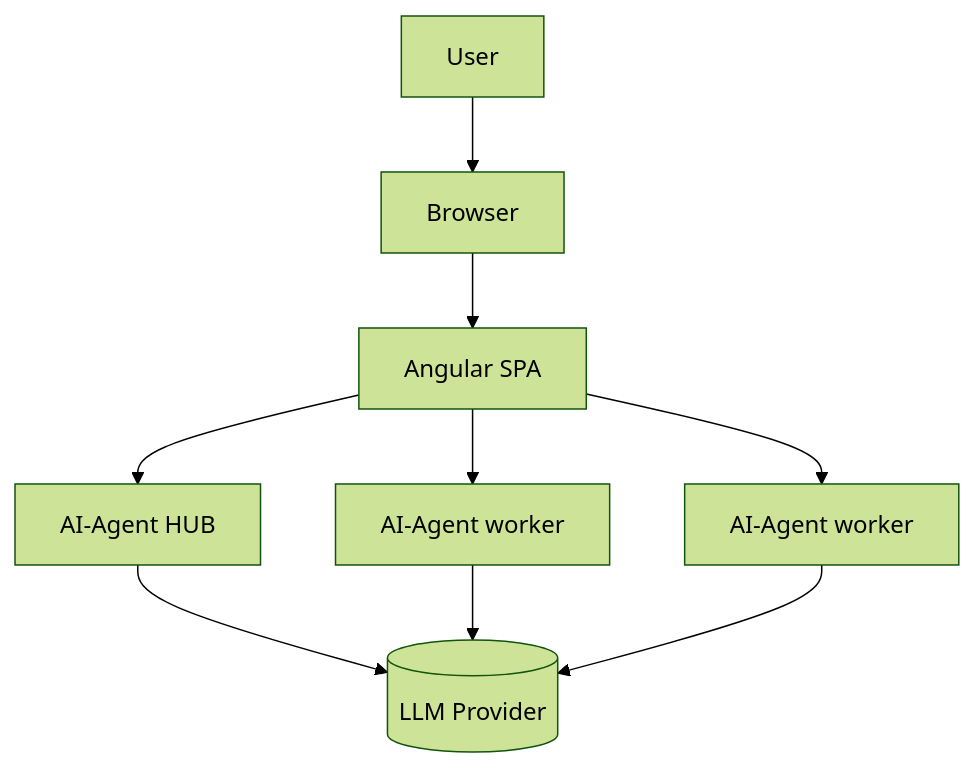
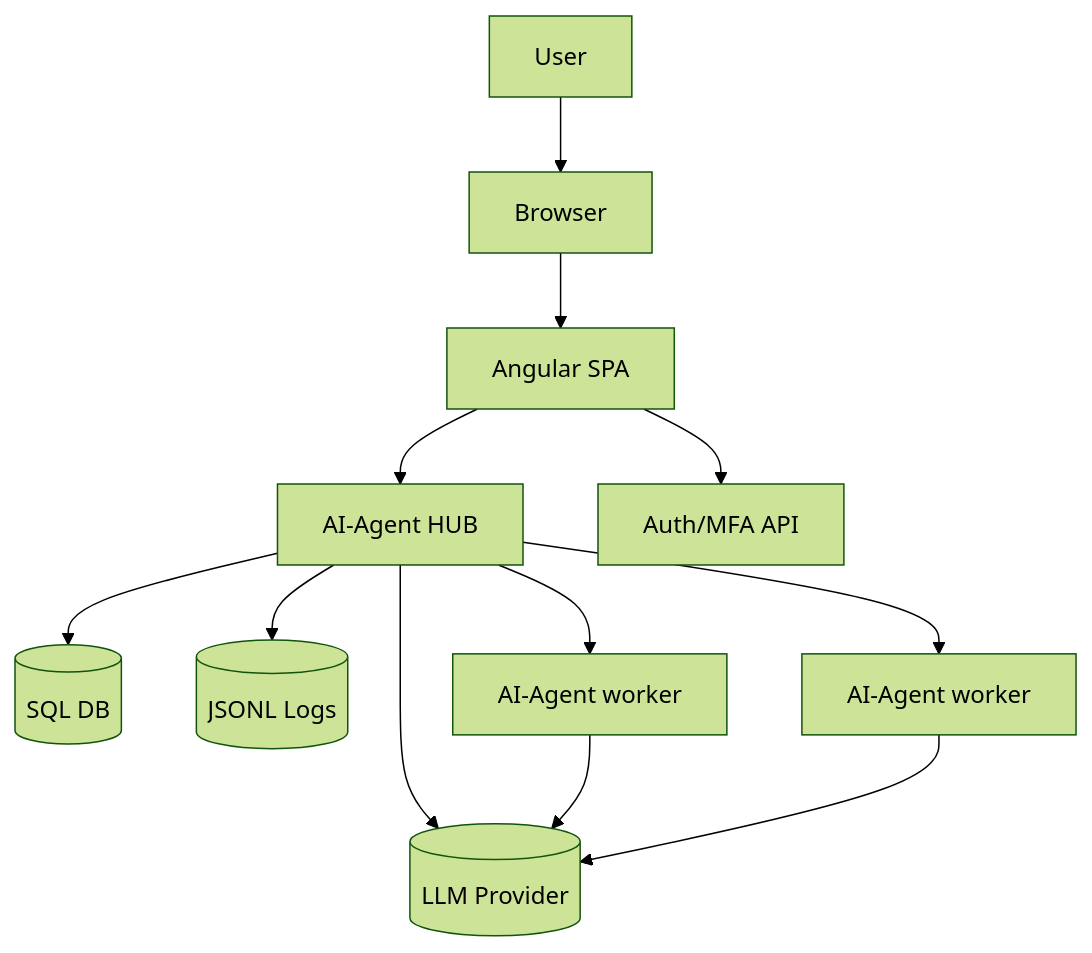
Before and after one commit to ananta888/ananta: the diagram in architektur/uml/deployment-diagram.mmd, drawn with Mermaid (forest theme). The commit also changed 8 other files, not shown here.

First line of the commit message:
Enhance architecture diagrams for MFA integration and refactor models

```diff
--- a/architektur/uml/deployment-diagram.mmd
+++ b/architektur/uml/deployment-diagram.mmd
@@ -1,10 +1,13 @@
 
 graph TD
   User[User] --> Browser[Browser]
   Browser --> Angular[Angular SPA]
   Angular --> Hub[AI-Agent HUB]
-  Angular --> Worker1[AI-Agent worker]
-  Angular --> Worker2[AI-Agent worker]
+  Angular --> Auth[Auth/MFA API]
+  Hub --> DB[(SQL DB)]
+  Hub --> Logs[(JSONL Logs)]
+  Hub --> Worker1[AI-Agent worker]
+  Hub --> Worker2[AI-Agent worker]
   Hub --> LLM[(LLM Provider)]
   Worker1 --> LLM
   Worker2 --> LLM
```
